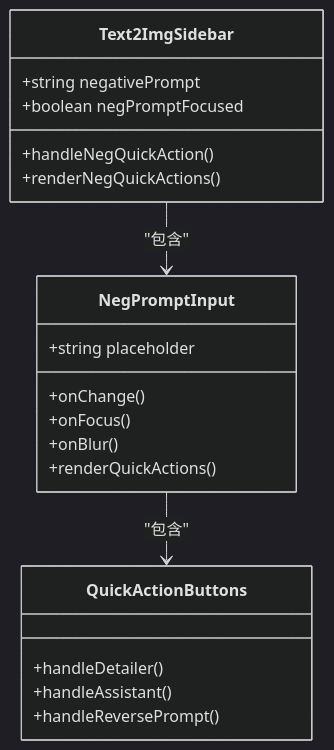
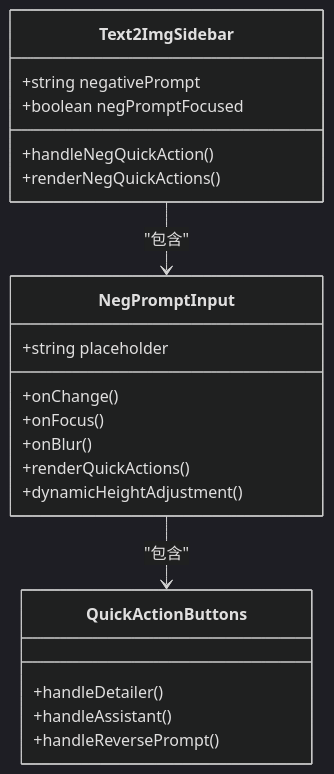
One commit to billye220670/CorineKit_Pix2Real changed the second of 17 diagrams in .qoder/repowiki/zh/content/用户界面组件/控制面板组件/文本到图像侧边栏/负向提示词支持.md. Above: the diagram before and after it, drawn with Mermaid (dark theme). The commit also changed other lines of this file and 73 other files, not shown here.

````diff
--- a/.qoder/repowiki/zh/content/用户界面组件/控制面板组件/文本到图像侧边栏/负向提示词支持.md
+++ b/.qoder/repowiki/zh/content/用户界面组件/控制面板组件/文本到图像侧边栏/负向提示词支持.md
@@ -96,23 +98,24 @@
 ```mermaid
 classDiagram
 class Text2ImgSidebar {
 +string negativePrompt
 +boolean negPromptFocused
 +handleNegQuickAction()
 +renderNegQuickActions()
 }
 class NegPromptInput {
 +string placeholder
 +onChange()
 +onFocus()
 +onBlur()
 +renderQuickActions()
++dynamicHeightAdjustment()
 }
 class QuickActionButtons {
 +handleDetailer()
 +handleAssistant()
 +handleReversePrompt()
 }
 Text2ImgSidebar --> NegPromptInput : "包含"
 NegPromptInput --> QuickActionButtons : "包含"
 ```
````
